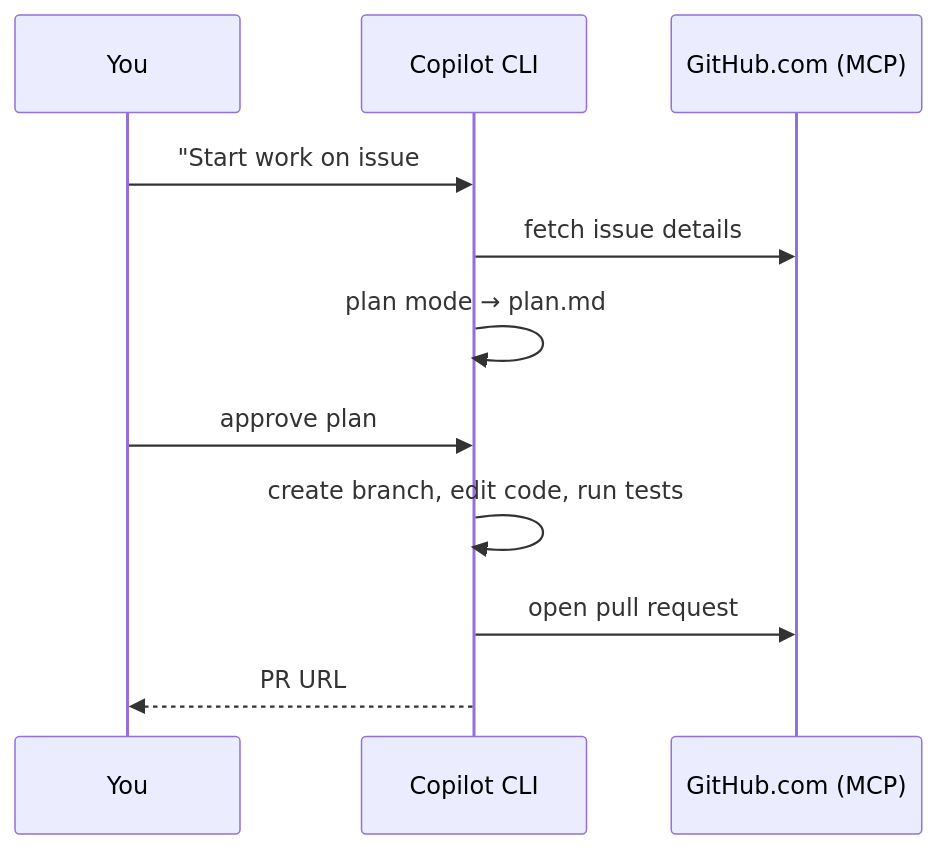
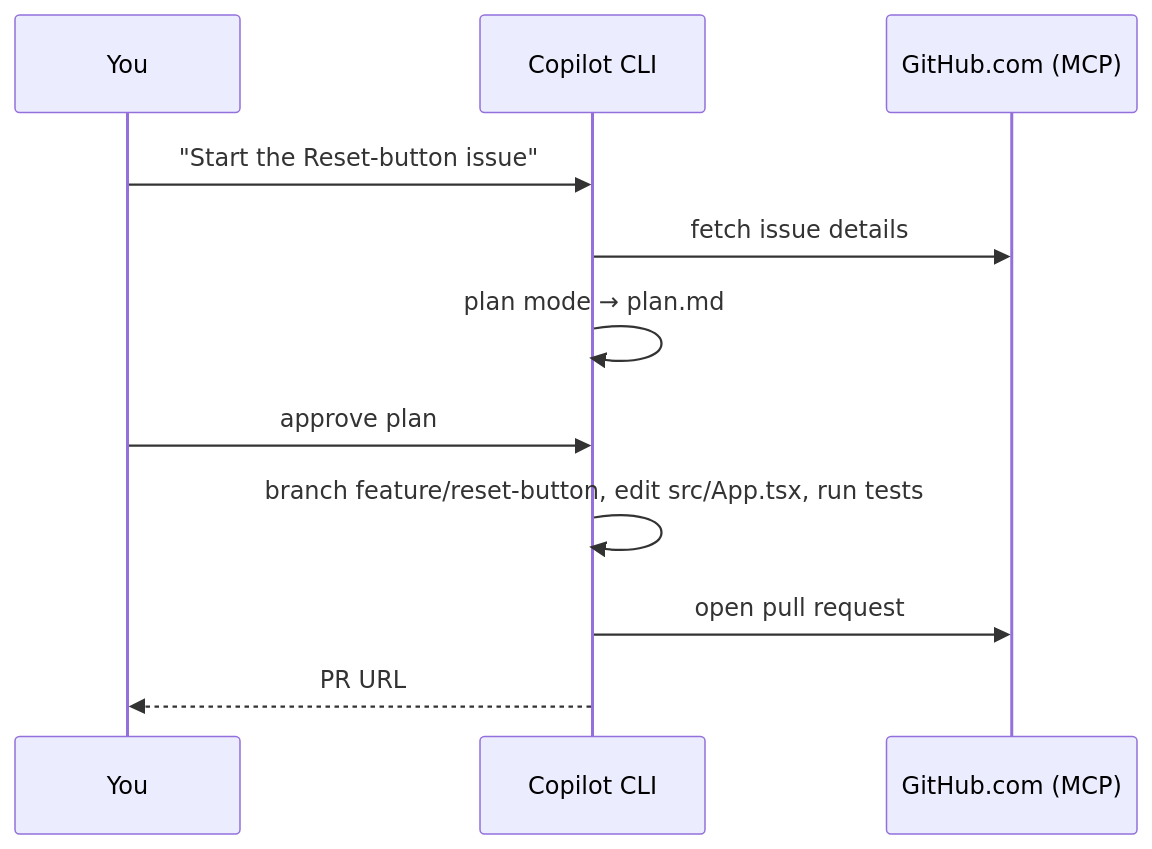
One commit to ks6088ts/template-github-copilot changed the diagram in docs/copilot_cli_tutorial/demos/01_issue_to_pr.ja.md. Above: the diagram before and after it, drawn with Mermaid. The commit also changed other lines of this file and 19 other files, not shown here.

````diff
--- a/docs/copilot_cli_tutorial/demos/01_issue_to_pr.ja.md
+++ b/docs/copilot_cli_tutorial/demos/01_issue_to_pr.ja.md
@@ -8,13 +8,13 @@
 ```mermaid
 sequenceDiagram
     participant You
     participant CLI as Copilot CLI
     participant GH as GitHub.com (MCP)
-    You->>CLI: "Start work on issue #123"
+    You->>CLI: "Start the Reset-button issue"
     CLI->>GH: fetch issue details
     CLI->>CLI: plan mode → plan.md
     You->>CLI: approve plan
-    CLI->>CLI: create branch, edit code, run tests
+    CLI->>CLI: branch feature/reset-button, edit src/App.tsx, run tests
     CLI->>GH: open pull request
     CLI-->>You: PR URL
 ```
````
